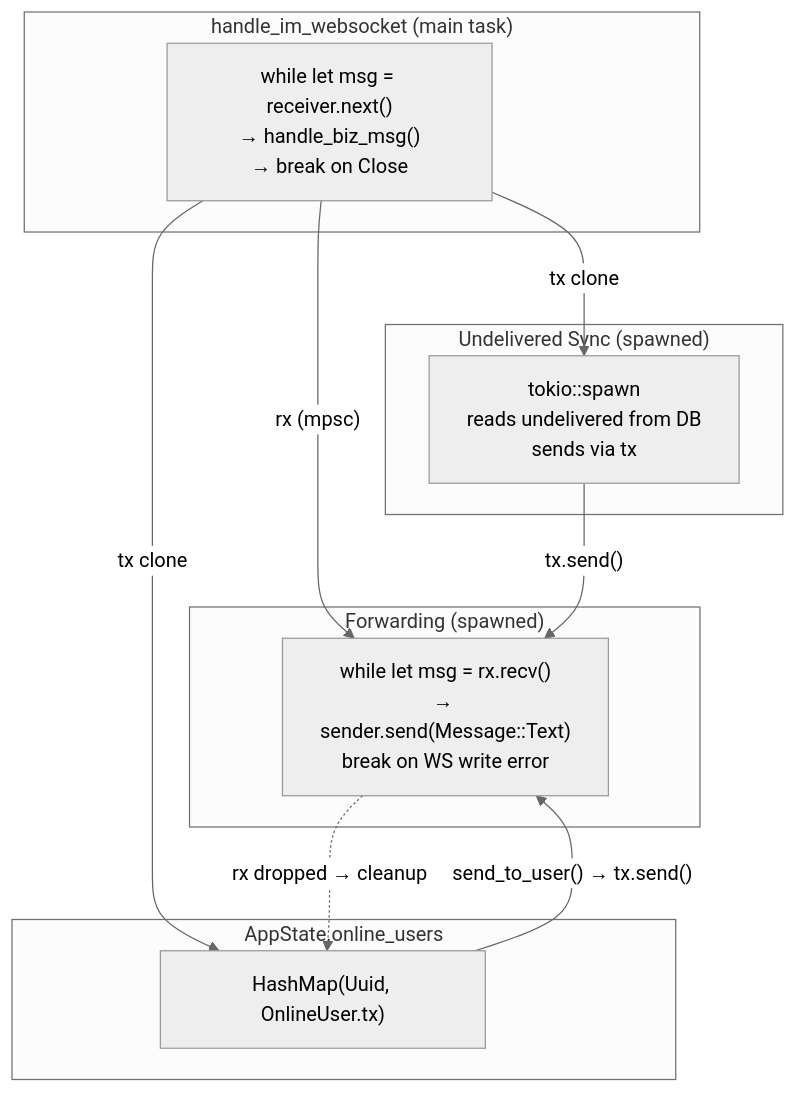
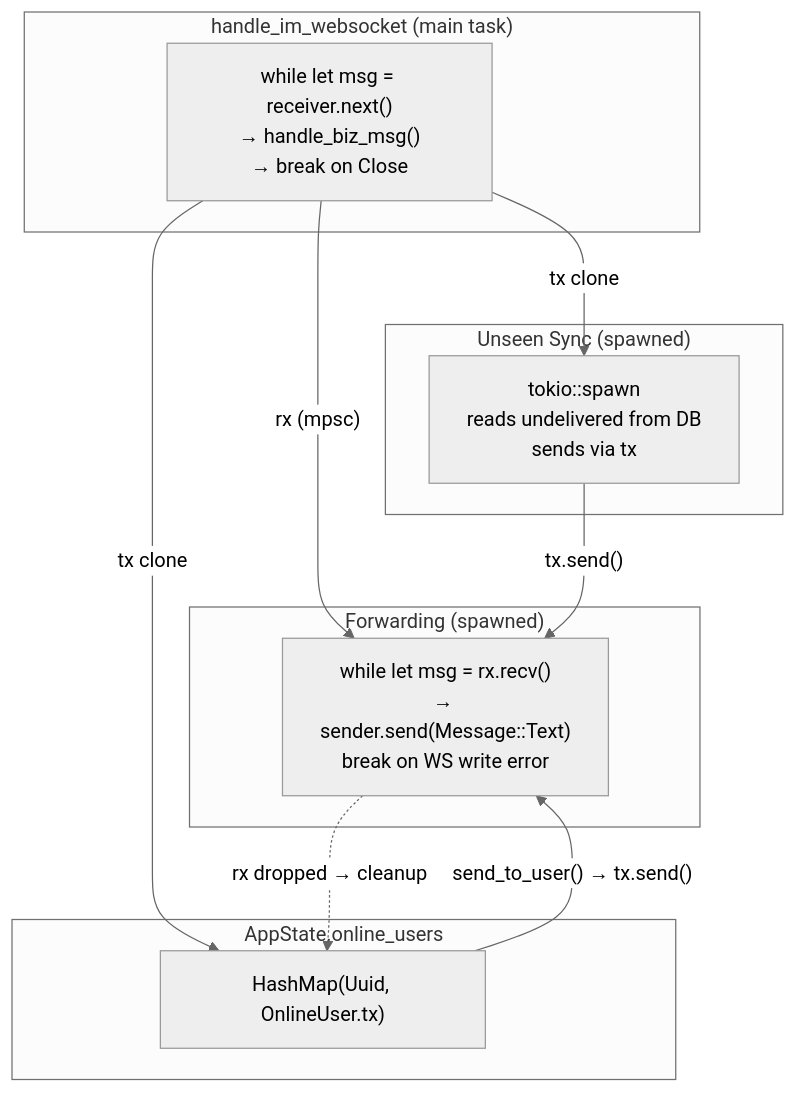
The tenth of 10 diagrams in doc/schema.md (csmyx/myx-im), drawn with Mermaid (neutral theme) before and after one commit. The commit also changed other lines of this file and 4 other files, not shown here.

````diff
--- a/doc/schema.md
+++ b/doc/schema.md
@@ -353,21 +425,21 @@
 ```mermaid
 graph TB
     subgraph "handle_im_websocket (main task)"
         MAIN["while let msg = receiver.next()<br/>→ handle_biz_msg()<br/>→ break on Close"]
     end
-    subgraph "Undelivered Sync (spawned)"
+    subgraph "Unseen Sync (spawned)"
         SYNC["tokio::spawn<br/>reads undelivered from DB<br/>sends via tx"]
     end
     subgraph "Forwarding (spawned)"
         FWD["while let msg = rx.recv()<br/>→ sender.send(Message::Text)<br/>break on WS write error"]
     end
     subgraph "AppState.online_users"
         MAP["HashMap(Uuid, OnlineUser.tx)"]
     end
     MAIN -- "tx clone" --> SYNC
     MAIN -- "tx clone" --> MAP
     MAIN -- "rx (mpsc)" --> FWD
     MAP -- "send_to_user() → tx.send()" --> FWD
     SYNC -- "tx.send()" --> FWD
     FWD -. "rx dropped → cleanup" .-> MAP
 ```
````
